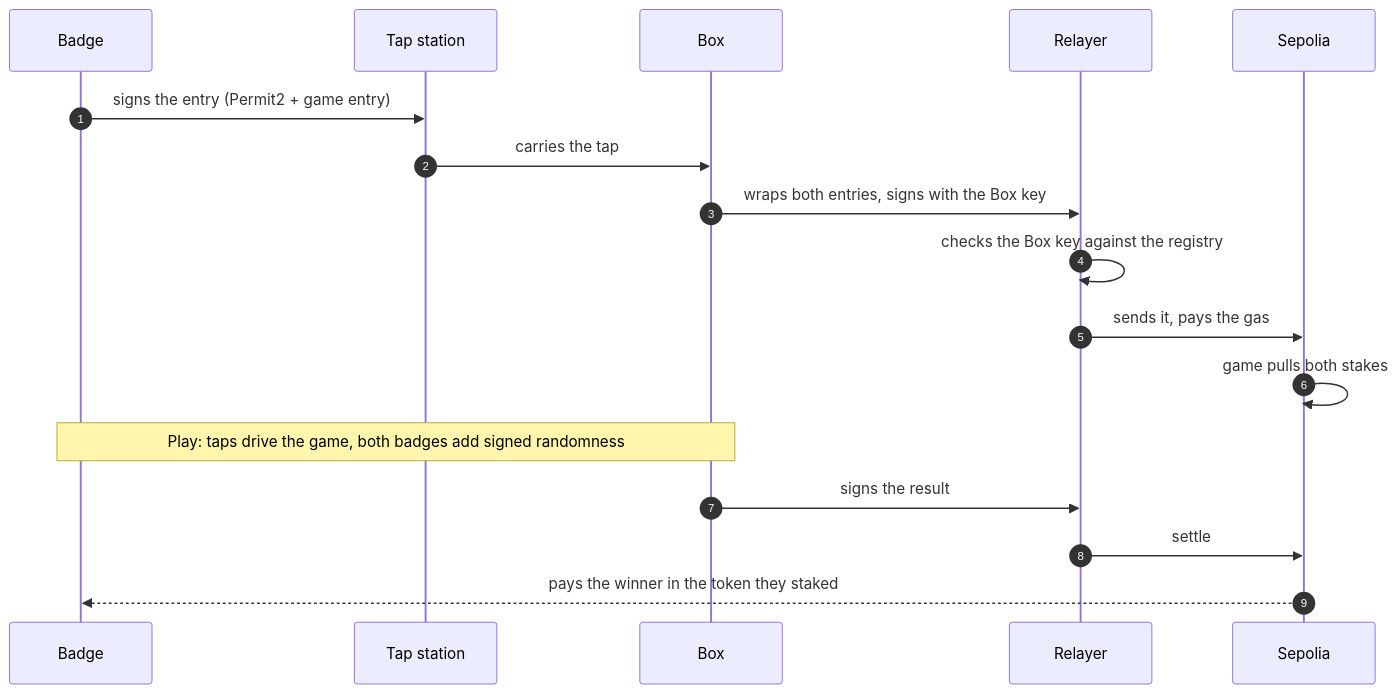
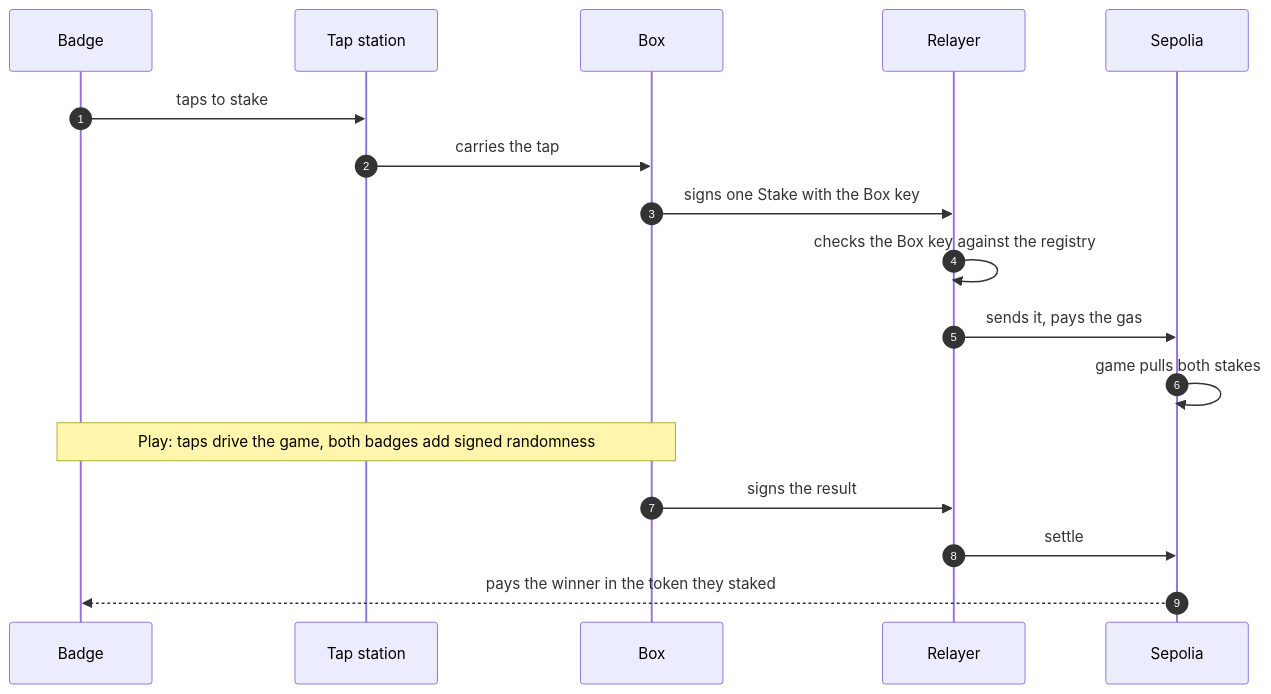
Before and after one commit to TaraxioT/ethereum-game-box: the diagram in plan/README.md, drawn with Mermaid. The commit also changed other lines of this file and 5 other files, not shown here.

````diff
--- a/plan/README.md
+++ b/plan/README.md
@@ -102,19 +103,19 @@
 ```mermaid
 sequenceDiagram
     autonumber
     participant B as Badge
     participant T as Tap station
     participant X as Box
     participant R as Relayer
     participant S as Sepolia
-    B->>T: signs the entry (Permit2 + game entry)
+    B->>T: taps to stake
     T->>X: carries the tap
-    X->>R: wraps both entries, signs with the Box key
+    X->>R: signs one Stake with the Box key
     R->>R: checks the Box key against the registry
     R->>S: sends it, pays the gas
     S->>S: game pulls both stakes
     Note over B,X: Play: taps drive the game, both badges add signed randomness
     X->>R: signs the result
     R->>S: settle
     S-->>B: pays the winner in the token they staked
 ```
````
